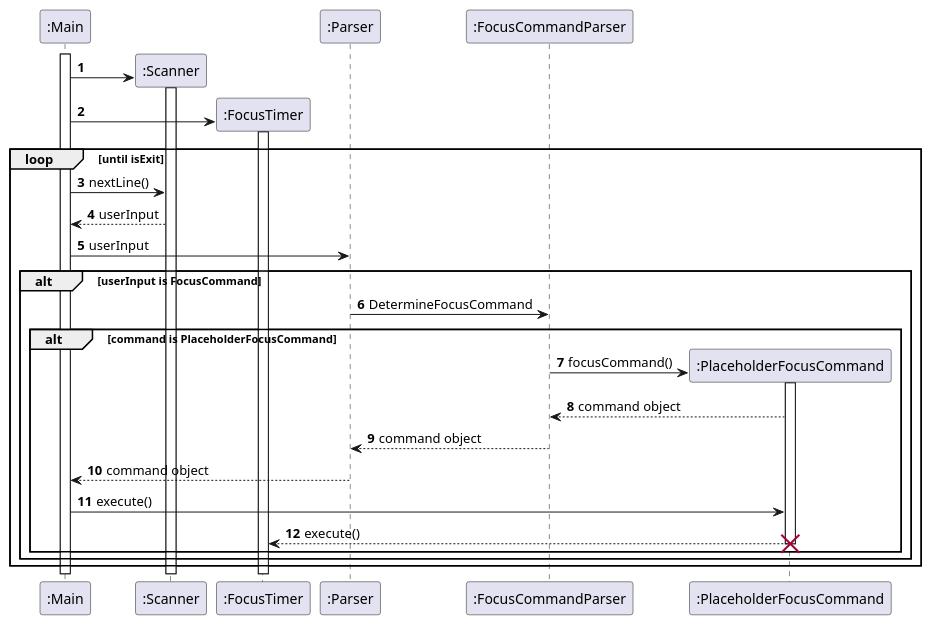
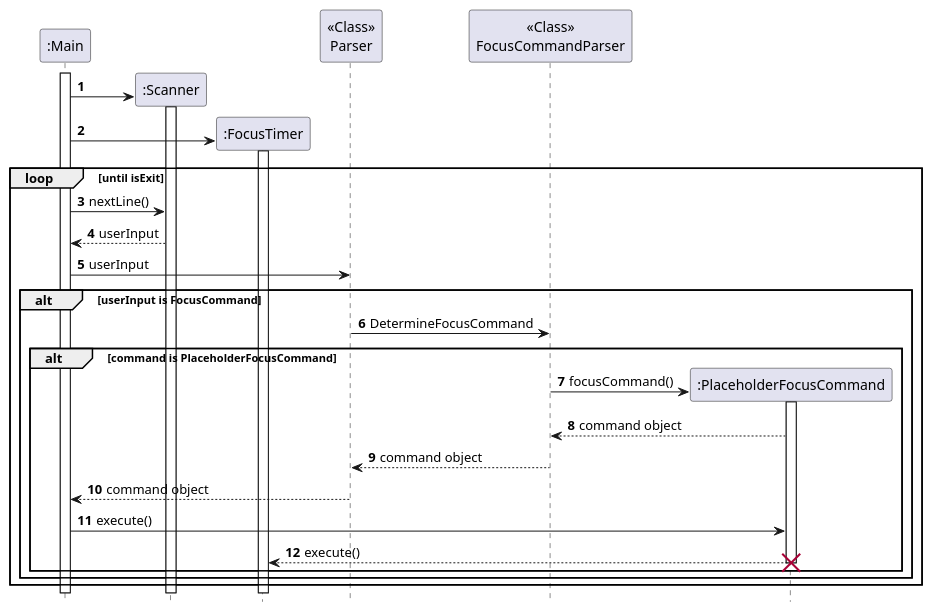
One commit to AY2324S2-CS2113-T11-1/tp changed the diagram in docs/diagrams/focus/FocusSequenceDiagram.puml. Above: the diagram before and after it, drawn with PlantUML. The commit also changed 3 other files, not shown here.

```diff
--- a/docs/diagrams/focus/FocusSequenceDiagram.puml
+++ b/docs/diagrams/focus/FocusSequenceDiagram.puml
@@ -1,42 +1,43 @@
 @startuml
 'https://plantuml.com/sequence-diagram
 
 autonumber
+hide footbox
 participant ":Main" as Main
 participant ":Scanner" as Scanner
 participant ":FocusTimer" as FocusTimer
-participant ":Parser" as Parser
-participant ":FocusCommandParser" as FocusCommandParser
+participant "<<Class>>\nParser" as Parser
+participant "<<Class>>\nFocusCommandParser" as FocusCommandParser
 participant ":PlaceholderFocusCommand" as PlaceholderFocusCommand
 
 activate Main
 
 create Scanner
 Main -> Scanner
 activate Scanner
 
 create FocusTimer
 Main -> FocusTimer
 activate FocusTimer
 
 loop until isExit
     Main -> Scanner : nextLine()
     Main <-- Scanner : userInput
     Main -> Parser : userInput
     alt userInput is FocusCommand
         Parser -> FocusCommandParser : DetermineFocusCommand
         alt command is PlaceholderFocusCommand
             create PlaceholderFocusCommand
             FocusCommandParser -> PlaceholderFocusCommand : focusCommand()
             activate PlaceholderFocusCommand
             PlaceholderFocusCommand --> FocusCommandParser : command object
             FocusCommandParser --> Parser  : command object
             Parser --> Main : command object
             Main -> PlaceholderFocusCommand : execute()
             PlaceholderFocusCommand --> FocusTimer : execute()
             destroy PlaceholderFocusCommand
         end
     end
 end
 
 @enduml
```
